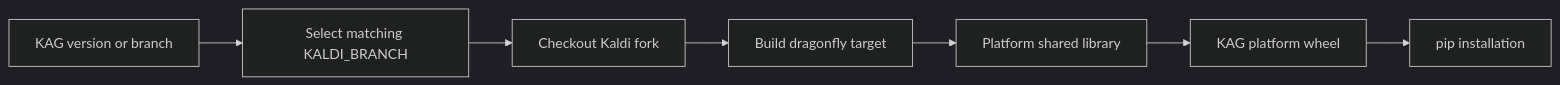
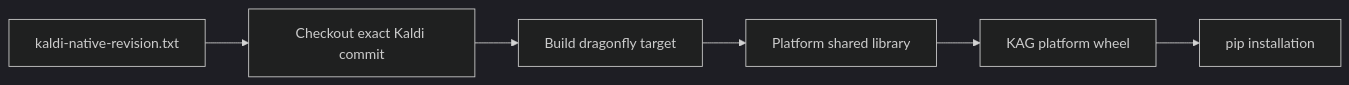
One commit to daanzu/kaldi-active-grammar changed the diagram in BUILDING.md. Above: the diagram before and after it, drawn with Mermaid (dark theme). The commit also changed other lines of this file and 12 other files, not shown here.

First line of the commit message:
Build: Lock the matching native revision

````diff
--- a/BUILDING.md
+++ b/BUILDING.md
@@ -248,12 +264,11 @@
 ```mermaid
 flowchart LR
-    Tag[KAG version or branch]
-    Select[Select matching KALDI_BRANCH]
-    Clone[Checkout Kaldi fork]
+    Lock[kaldi-native-revision.txt]
+    Checkout[Checkout exact Kaldi commit]
     Build[Build dragonfly target]
     Lib[Platform shared library]
     Wheel[KAG platform wheel]
     Install[pip installation]
 
-    Tag --> Select --> Clone --> Build --> Lib --> Wheel --> Install
+    Lock --> Checkout --> Build --> Lib --> Wheel --> Install
 ```
````
